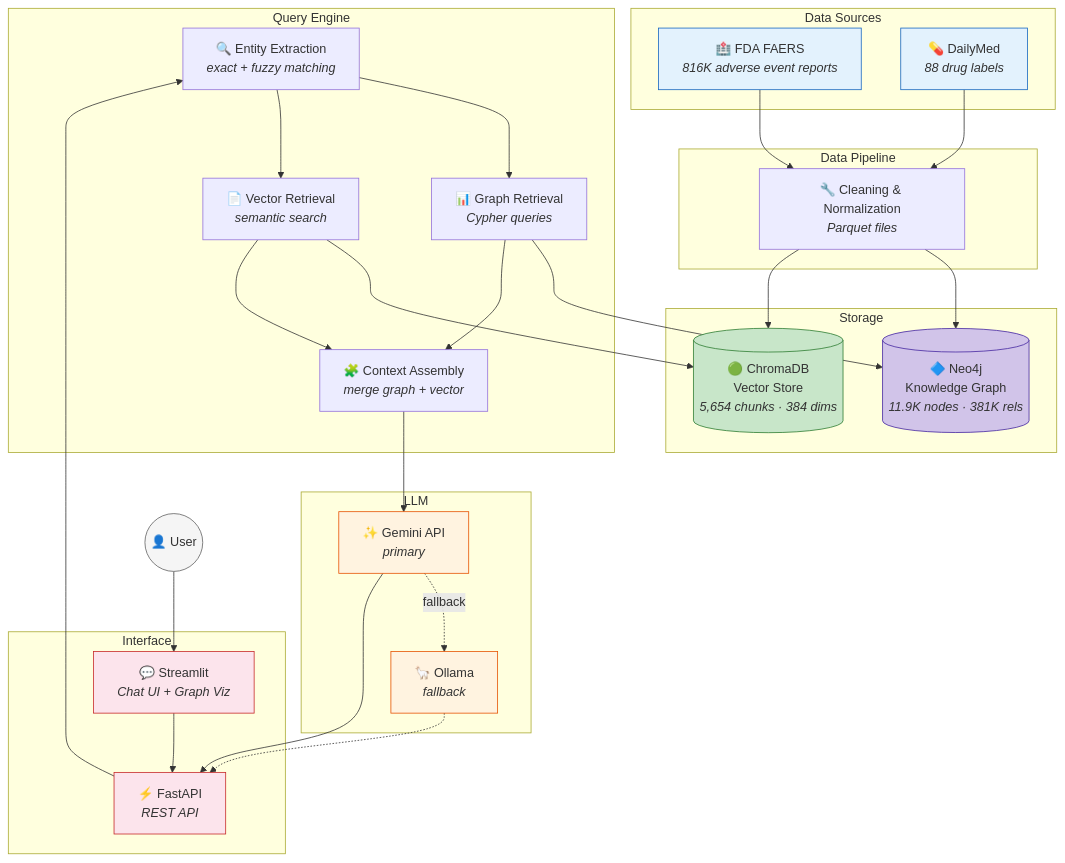
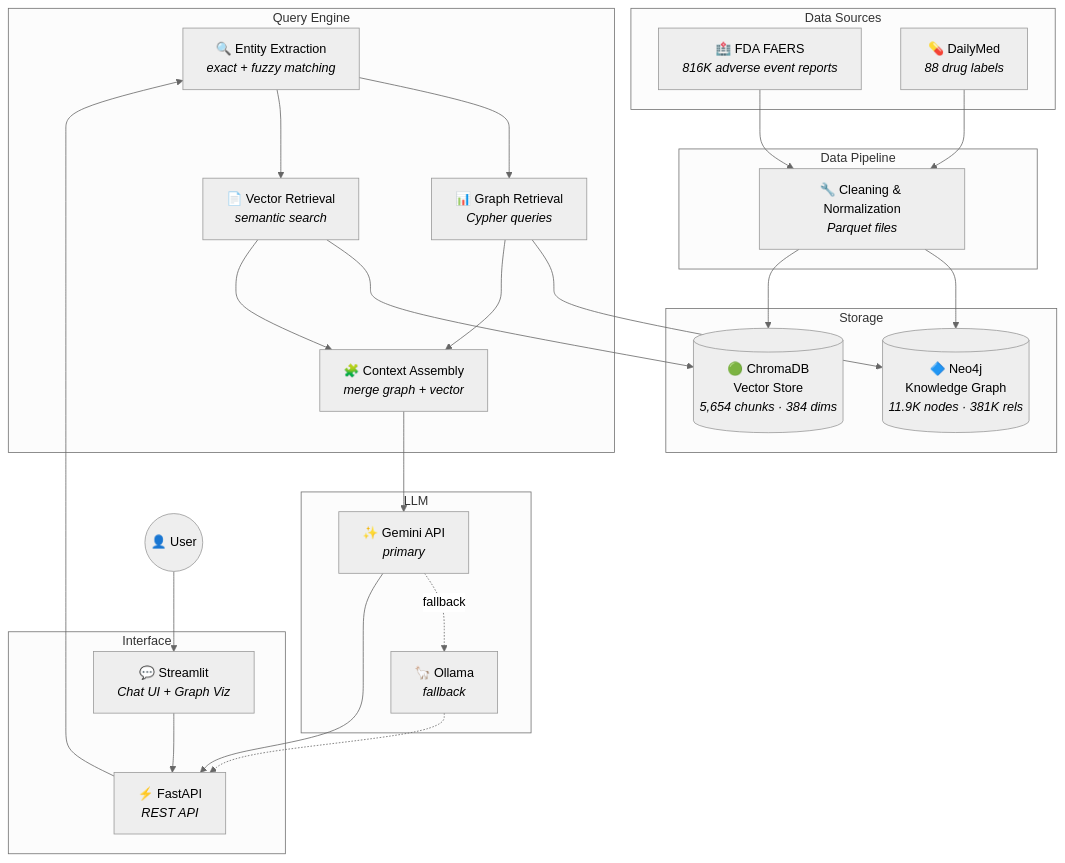
Before and after one commit to jmponcebe/PharmaGraphRAG: the diagram in README.md, drawn with Mermaid. The commit also changed other lines of this file, not shown here.

````diff
--- a/README.md
+++ b/README.md
@@ -128,62 +99,53 @@
 ```mermaid
+%%{init: {'theme': 'neutral'}}%%
 graph TB
     subgraph Data Sources
         FAERS["🏥 FDA FAERS<br/><i>816K adverse event reports</i>"]
         DM["💊 DailyMed<br/><i>88 drug labels</i>"]
     end
 
     subgraph Data Pipeline
         CLEAN["🔧 Cleaning &amp; Normalization<br/><i>Parquet files</i>"]
     end
 
     subgraph Storage
         NEO4J[("🔷 Neo4j<br/>Knowledge Graph<br/><i>11.9K nodes · 381K rels</i>")]
         CHROMA[("🟢 ChromaDB<br/>Vector Store<br/><i>5,654 chunks · 384 dims</i>")]
     end
 
     subgraph "Query Engine"
         NER["🔍 Entity Extraction<br/><i>exact + fuzzy matching</i>"]
         GR["📊 Graph Retrieval<br/><i>Cypher queries</i>"]
         VR["📄 Vector Retrieval<br/><i>semantic search</i>"]
         CTX["🧩 Context Assembly<br/><i>merge graph + vector</i>"]
     end
 
     subgraph LLM
         GEMINI["✨ Gemini API<br/><i>primary</i>"]
         OLLAMA["🦙 Ollama<br/><i>fallback</i>"]
     end
 
     subgraph Interface
         API["⚡ FastAPI<br/><i>REST API</i>"]
         UI["💬 Streamlit<br/><i>Chat UI + Graph Viz</i>"]
     end
 
     FAERS --> CLEAN
     DM --> CLEAN
     CLEAN --> NEO4J
     CLEAN --> CHROMA
 
     USER(("👤 User")) --> UI
     UI --> API
     API --> NER
     NER --> GR
     NER --> VR
     GR --> NEO4J
     VR --> CHROMA
     GR --> CTX
     VR --> CTX
     CTX --> GEMINI
     GEMINI -.->|fallback| OLLAMA
     GEMINI --> API
     OLLAMA -.-> API
-
-    style FAERS fill:#e3f2fd,stroke:#1565c0
-    style DM fill:#e3f2fd,stroke:#1565c0
-    style NEO4J fill:#d1c4e9,stroke:#4527a0
-    style CHROMA fill:#c8e6c9,stroke:#2e7d32
-    style GEMINI fill:#fff3e0,stroke:#e65100
-    style OLLAMA fill:#fff3e0,stroke:#e65100
-    style UI fill:#fce4ec,stroke:#c62828
-    style API fill:#fce4ec,stroke:#c62828
-    style USER fill:#f5f5f5,stroke:#616161
 ```
````
